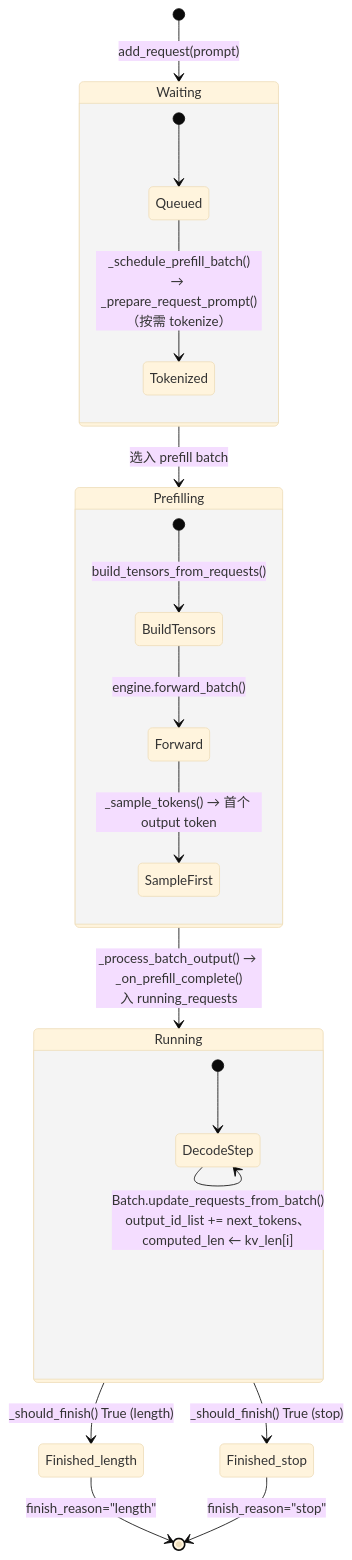
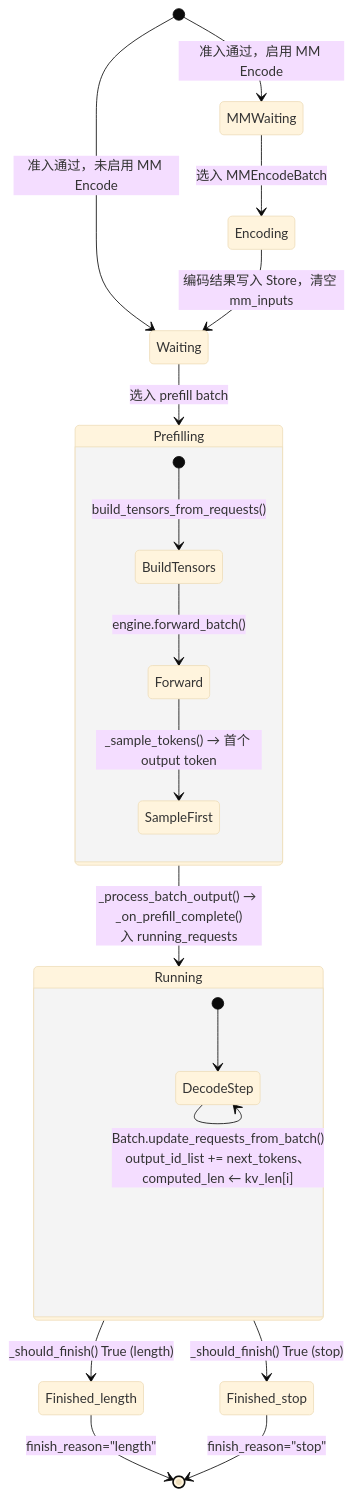
One commit to hicann/cann-recipes-infer changed the fourth of 4 diagrams in docs/design/executor_design.md. Above: the diagram before and after it, drawn with Mermaid (base theme). The commit also changed other lines of this file and 77 other files, not shown here.

````diff
--- a/docs/design/executor_design.md
+++ b/docs/design/executor_design.md
@@ -193,30 +199,28 @@
 ```mermaid
 stateDiagram-v2
-    [*] --> Waiting: add_request(prompt)
-
-    state Waiting {
-        [*] --> Queued
-        Queued --> Tokenized: _schedule_prefill_batch()<br/>→ _prepare_request_prompt()（按需 tokenize）
-    }
+    [*] --> MMWaiting: 准入通过，启用 MM Encode
+    [*] --> Waiting: 准入通过，未启用 MM Encode
+    MMWaiting --> Encoding: 选入 MMEncodeBatch
+    Encoding --> Waiting: 编码结果写入 Store，清空 mm_inputs
 
     Waiting --> Prefilling: 选入 prefill batch
 
     state Prefilling {
         [*] --> BuildTensors: build_tensors_from_requests()
         BuildTensors --> Forward: engine.forward_batch()
         Forward --> SampleFirst: _sample_tokens() → 首个 output token
     }
 
     Prefilling --> Running: _process_batch_output() → _on_prefill_complete()<br/>入 running_requests
 
     state Running {
         [*] --> DecodeStep
         DecodeStep --> DecodeStep: Batch.update_requests_from_batch()<br/>output_id_list += next_tokens、computed_len ← kv_len[i]
     }
 
     Running --> Finished_length: _should_finish() True (length)
     Running --> Finished_stop:   _should_finish() True (stop)
 
     Finished_length --> [*]: finish_reason="length"
     Finished_stop --> [*]: finish_reason="stop"
 ```
````
